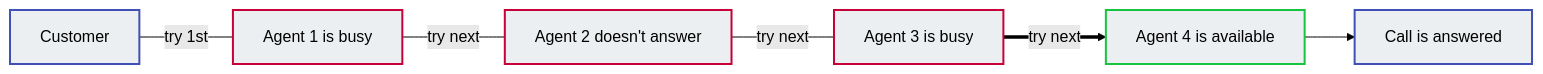
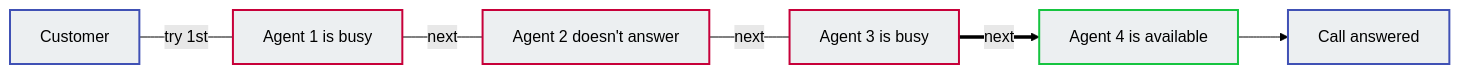
The second of 3 diagrams in docs/class5/creating-group.md (connexcs/docs), drawn with Mermaid (forest theme) before and after one commit.

````diff
--- a/docs/class5/creating-group.md
+++ b/docs/class5/creating-group.md
@@ -33,14 +33,14 @@
 ```mermaid
 graph LR
 A[Customer] ---|try 1st| B[Agent 1 is busy]
-B ---|try next| C[Agent 2 doesn't answer]
-C ---|try next| D[Agent 3 is busy]
-D ==>|try next| E[Agent 4 is available]
-E -->F[Call is answered]
+B ---|next| C[Agent 2 doesn't answer]
+C ---|next| D[Agent 3 is busy]
+D ==>|next| E[Agent 4 is available]
+E -->F[Call answered]
 style A fill:#ECEFF1,stroke:#4051b5,stroke-width:2px
 style B fill:#ECEFF1,stroke:#C70039,stroke-width:2px
 style C fill:#ECEFF1,stroke:#C70039,stroke-width:2px
 style D fill:#ECEFF1,stroke:#C70039,stroke-width:2px
 style E fill:#ECEFF1,stroke:#16C440,stroke-width:2px
 style F fill:#ECEFF1,stroke:#4051b5,stroke-width:2px
 ```
````
